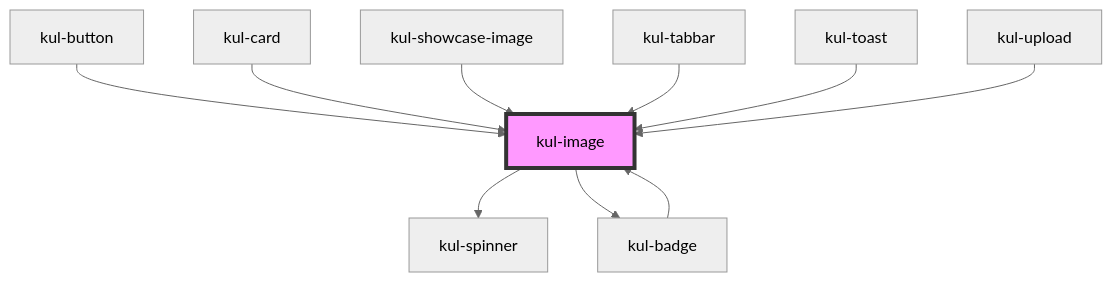
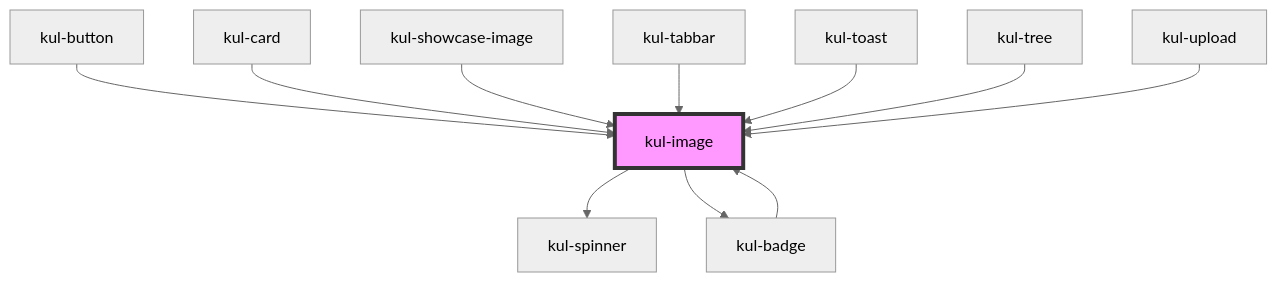
One commit to smeup/ketchup changed the diagram in packages/ketchup-lite/src/components/kul-image/readme.md. Above: the diagram before and after it, drawn with Mermaid (neutral theme). The commit also changed other lines of this file and 10 other files, not shown here.

````diff
--- a/packages/ketchup-lite/src/components/kul-image/readme.md
+++ b/packages/ketchup-lite/src/components/kul-image/readme.md
@@ -85,13 +86,14 @@
 ```mermaid
 graph TD;
   kul-image --> kul-spinner
   kul-image --> kul-badge
   kul-badge --> kul-image
   kul-button --> kul-image
   kul-card --> kul-image
   kul-showcase-image --> kul-image
   kul-tabbar --> kul-image
   kul-toast --> kul-image
+  kul-tree --> kul-image
   kul-upload --> kul-image
   style kul-image fill:#f9f,stroke:#333,stroke-width:4px
 ```
````
